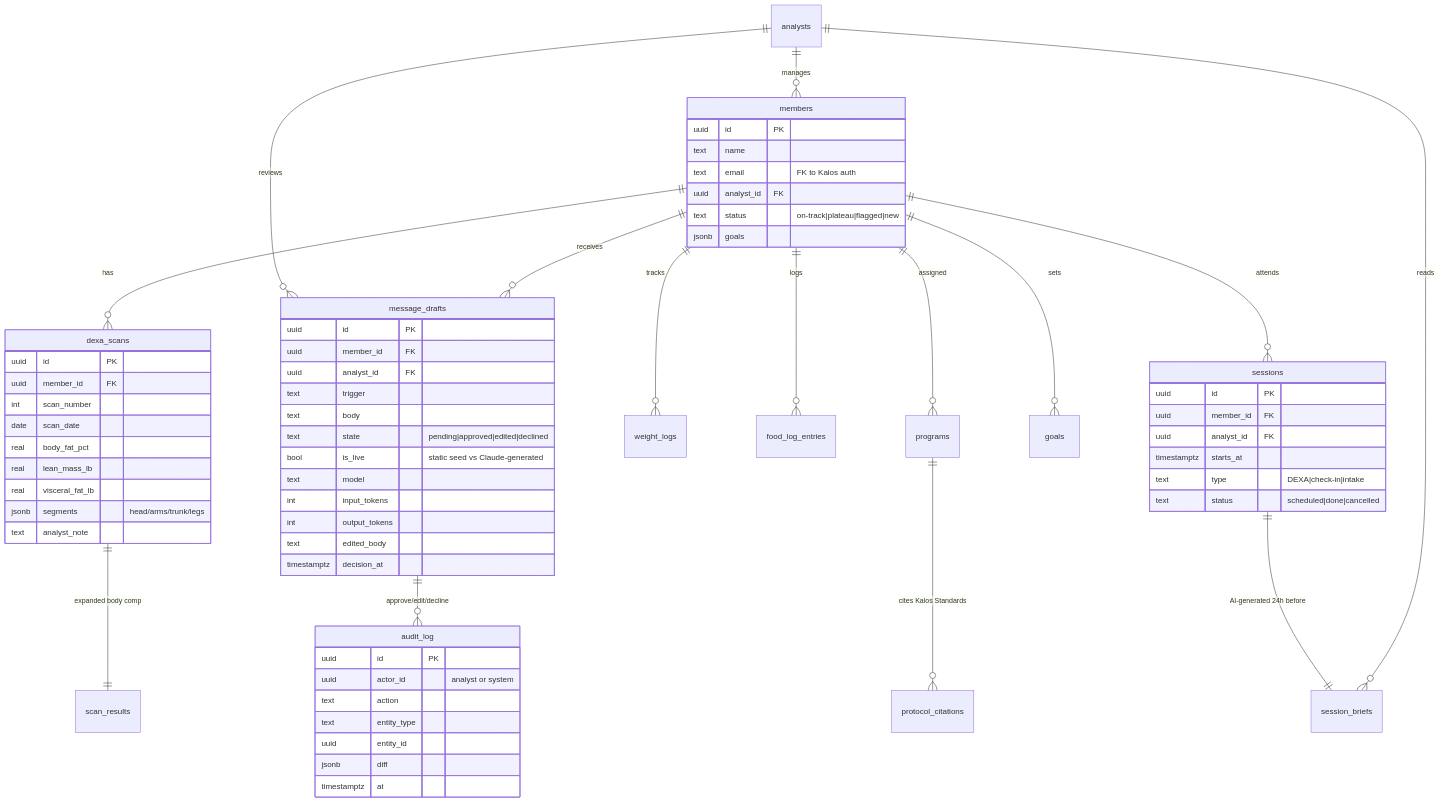
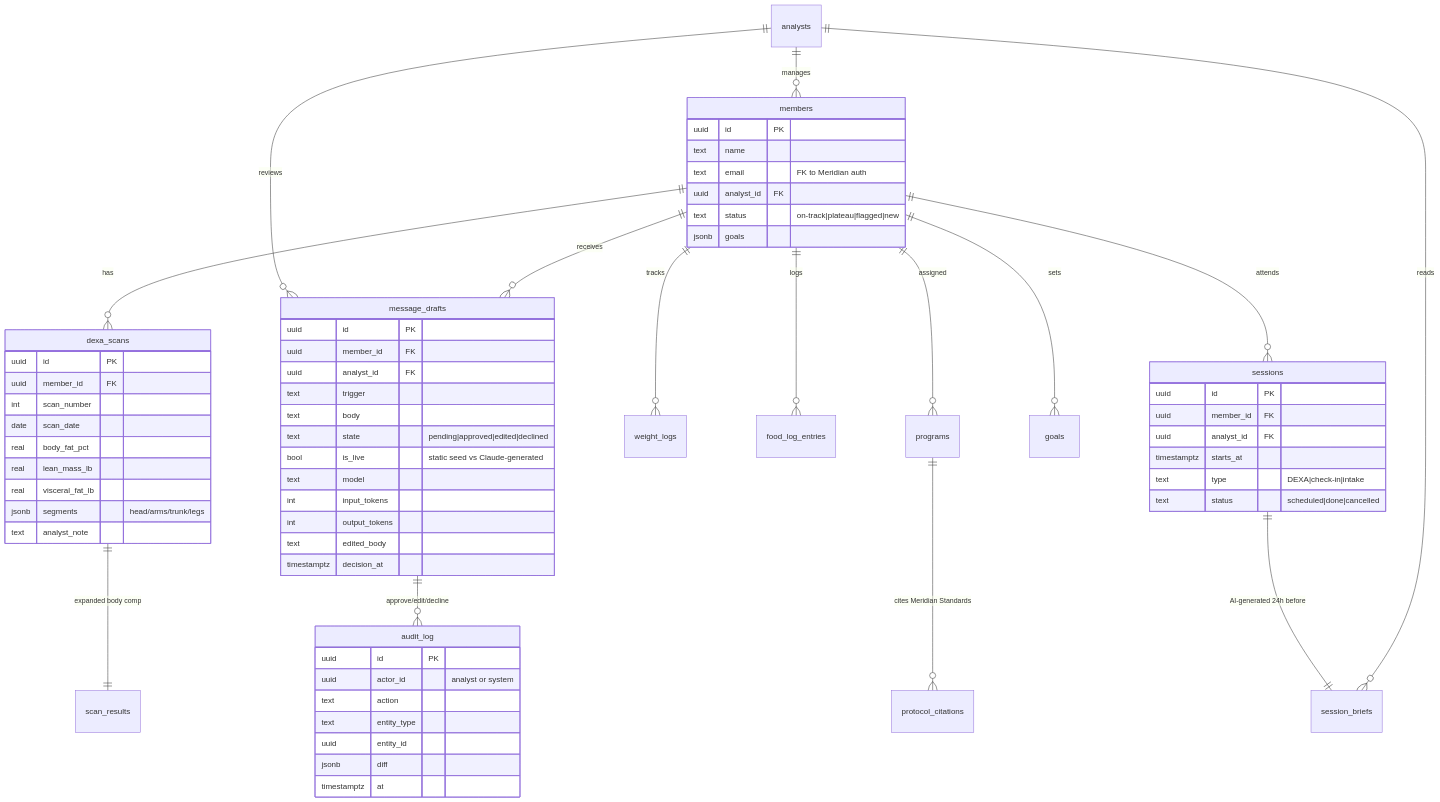
The diagram in docs/BUILD_PLAN.md (LoriensLibrary/Telos_kalos), drawn with Mermaid before and after one commit. The commit also changed other lines of this file and 35 other files, not shown here.

First line of the commit message:
Generalize Telos into a company-neutral flagship (Kalos to Meridian) (#13)

````diff
--- a/docs/BUILD_PLAN.md
+++ b/docs/BUILD_PLAN.md
@@ -89,68 +89,68 @@
 ```mermaid
 erDiagram
     members ||--o{ dexa_scans : has
     members ||--o{ message_drafts : receives
     members ||--o{ weight_logs : tracks
     members ||--o{ food_log_entries : logs
     members ||--o{ programs : assigned
     members ||--o{ goals : sets
     members ||--o{ sessions : attends
     analysts ||--o{ members : manages
     analysts ||--o{ message_drafts : reviews
     analysts ||--o{ session_briefs : reads
     sessions ||--|| session_briefs : "AI-generated 24h before"
     message_drafts ||--o{ audit_log : "approve/edit/decline"
     dexa_scans ||--|| scan_results : "expanded body comp"
-    programs ||--o{ protocol_citations : "cites Kalos Standards"
+    programs ||--o{ protocol_citations : "cites Meridian Standards"
 
     members {
         uuid id PK
         text name
-        text email "FK to Kalos auth"
+        text email "FK to Meridian auth"
         uuid analyst_id FK
         text status "on-track|plateau|flagged|new"
         jsonb goals
     }
     dexa_scans {
         uuid id PK
         uuid member_id FK
         int scan_number
         date scan_date
         real body_fat_pct
         real lean_mass_lb
         real visceral_fat_lb
         jsonb segments "head/arms/trunk/legs"
         text analyst_note
     }
     message_drafts {
         uuid id PK
         uuid member_id FK
         uuid analyst_id FK
         text trigger
         text body
         text state "pending|approved|edited|declined"
         bool is_live "static seed vs Claude-generated"
         text model
         int input_tokens
         int output_tokens
         text edited_body
         timestamptz decision_at
     }
     sessions {
         uuid id PK
         uuid member_id FK
         uuid analyst_id FK
         timestamptz starts_at
         text type "DEXA|check-in|intake"
         text status "scheduled|done|cancelled"
     }
     audit_log {
         uuid id PK
         uuid actor_id "analyst or system"
         text action
         text entity_type
         uuid entity_id
         jsonb diff
         timestamptz at
     }
 ```
````
